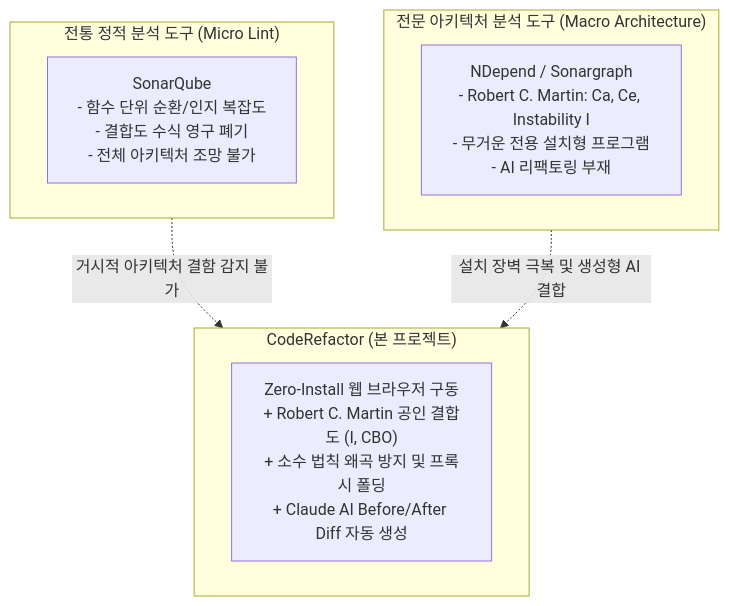
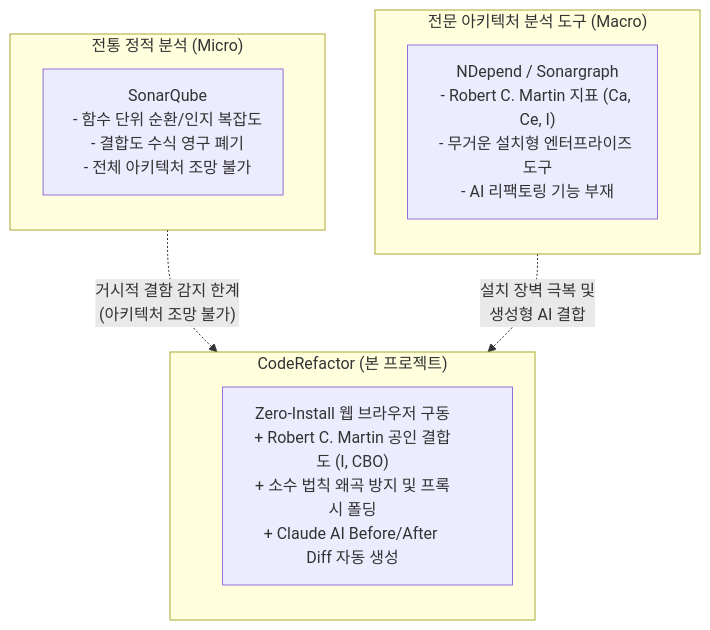
The diagram in docs/comparative-analysis.md (Jiin5906/CodeDiagram), drawn with Mermaid before and after one commit. The commit also changed 4 other files, not shown here.

Commit message:
fix(docs): Mermaid 다이어그램 한글 단어 슬라이싱 방지 스타일 및 줄바꿈 적용

````diff
--- a/docs/comparative-analysis.md
+++ b/docs/comparative-analysis.md
@@ -13,17 +13,21 @@
 ```mermaid
 flowchart TD
-    subgraph Traditional ["전통 정적 분석 도구 (Micro Lint)"]
+    subgraph Traditional ["전통 정적 분석 (Micro)"]
         SQ["SonarQube<br/>- 함수 단위 순환/인지 복잡도<br/>- 결합도 수식 영구 폐기<br/>- 전체 아키텍처 조망 불가"]
     end
 
-    subgraph Architecture ["전문 아키텍처 분석 도구 (Macro Architecture)"]
-        ND["NDepend / Sonargraph<br/>- Robert C. Martin: Ca, Ce, Instability I<br/>- 무거운 전용 설치형 프로그램<br/>- AI 리팩토링 부재"]
+    subgraph Architecture ["전문 아키텍처 분석 도구 (Macro)"]
+        ND["NDepend / Sonargraph<br/>- Robert C. Martin 지표 (Ca, Ce, I)<br/>- 무거운 설치형 엔터프라이즈 도구<br/>- AI 리팩토링 기능 부재"]
     end
 
     subgraph OurProject ["CodeRefactor (본 프로젝트)"]
         CR["Zero-Install 웹 브라우저 구동<br/>+ Robert C. Martin 공인 결합도 (I, CBO)<br/>+ 소수 법칙 왜곡 방지 및 프록시 폴딩<br/>+ Claude AI Before/After Diff 자동 생성"]
     end
 
-    Traditional -.->|"거시적 아키텍처 결함 감지 불가"| OurProject
-    Architecture -.->|"설치 장벽 극복 및 생성형 AI 결합"| OurProject
+    Traditional -.->|"거시적 결함 감지 한계<br/>(아키텍처 조망 불가)"| OurProject
+    Architecture -.->|"설치 장벽 극복 및<br/>생성형 AI 결합"| OurProject
+
+    style SQ width:240px
+    style ND width:250px
+    style CR width:290px
 ```
````
